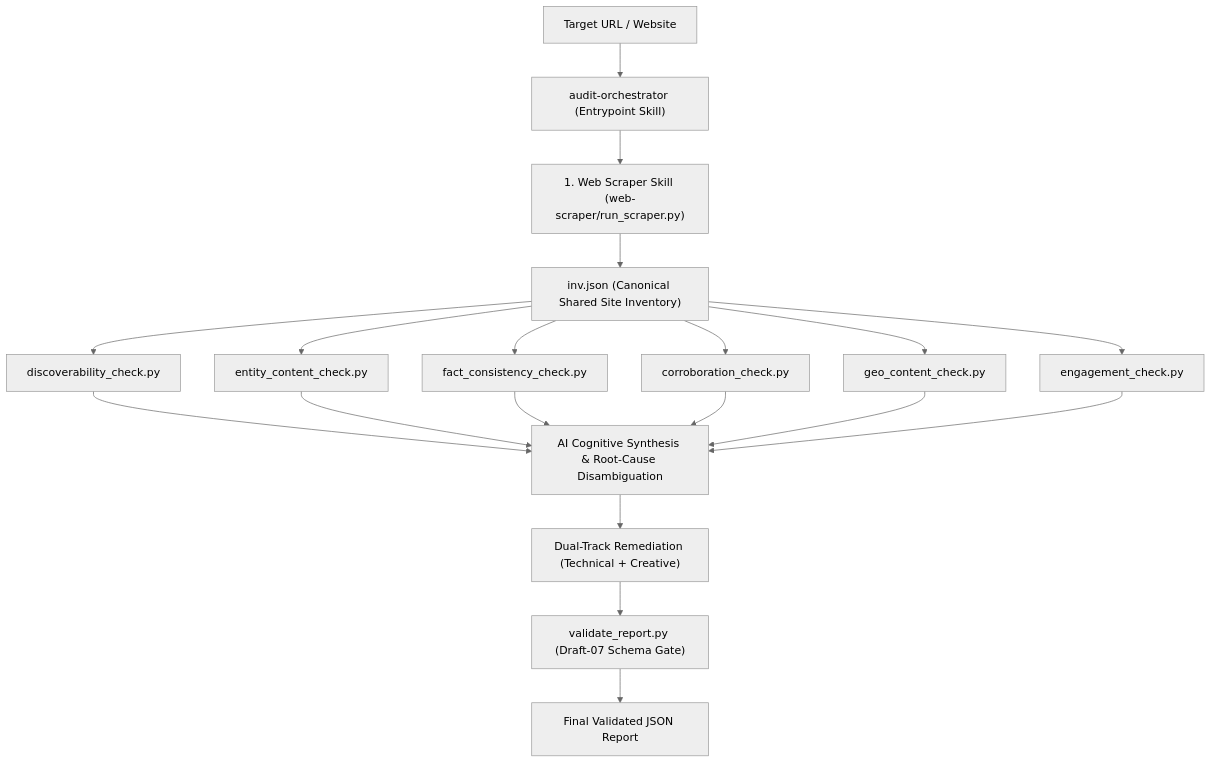
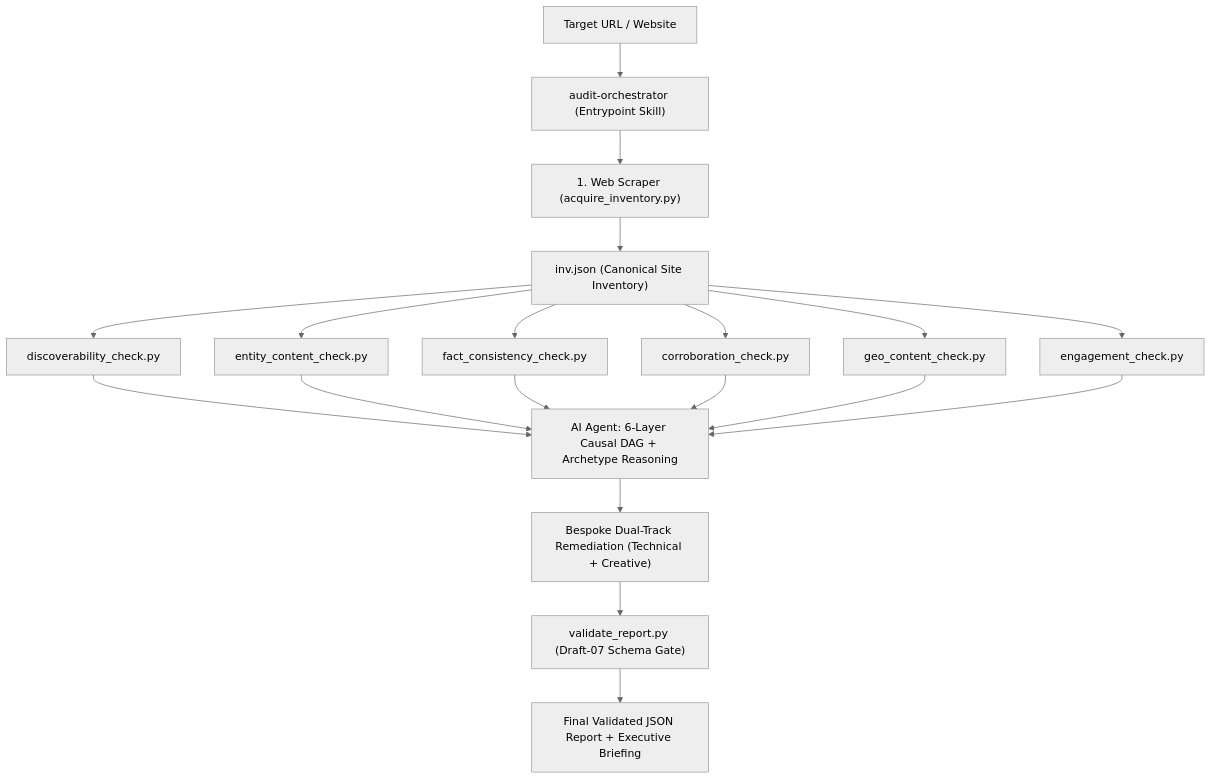
Before and after one commit to JayanthReddyKonda/adobe-brand-visibility-skill: the diagram in README.md, drawn with Mermaid (neutral theme). The commit also changed other lines of this file and 40 other files, not shown here.

````diff
--- a/README.md
+++ b/README.md
@@ -39,16 +74,16 @@
 ```mermaid
 graph TD
     A["Target URL / Website"] --> B["audit-orchestrator (Entrypoint Skill)"]
-    B --> C["1. Web Scraper Skill (web-scraper/run_scraper.py)"]
-    C --> D["inv.json (Canonical Shared Site Inventory)"]
+    B --> C["1. Web Scraper (acquire_inventory.py)"]
+    C --> D["inv.json (Canonical Site Inventory)"]
     D --> E1["discoverability_check.py"]
     D --> E2["entity_content_check.py"]
     D --> E3["fact_consistency_check.py"]
     D --> E4["corroboration_check.py"]
     D --> E5["geo_content_check.py"]
     D --> E6["engagement_check.py"]
-    E1 & E2 & E3 & E4 & E5 & E6 --> F["AI Cognitive Synthesis & Root-Cause Disambiguation"]
-    F --> G["Dual-Track Remediation (Technical + Creative)"]
+    E1 & E2 & E3 & E4 & E5 & E6 --> F["AI Agent: 6-Layer Causal DAG + Archetype Reasoning"]
+    F --> G["Bespoke Dual-Track Remediation (Technical + Creative)"]
     G --> H["validate_report.py (Draft-07 Schema Gate)"]
-    H --> I["Final Validated JSON Report"]
+    H --> I["Final Validated JSON Report + Executive Briefing"]
 ```
````
